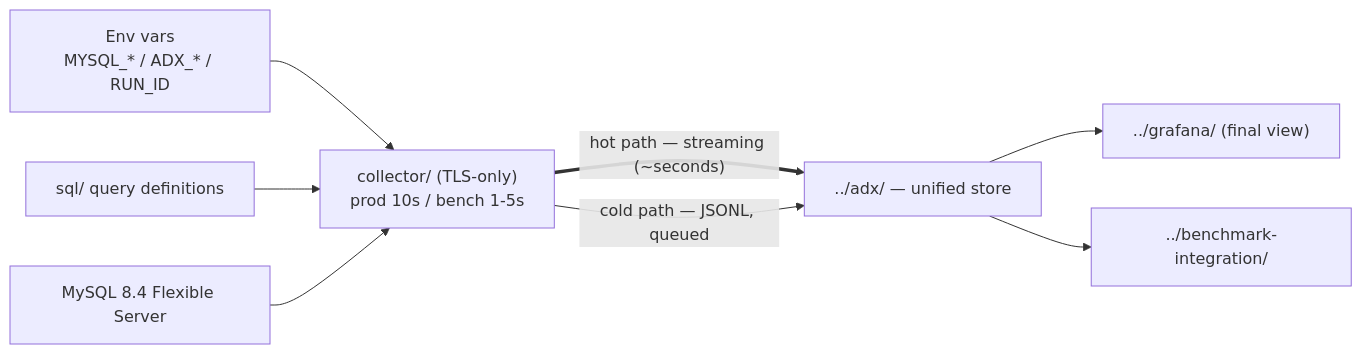
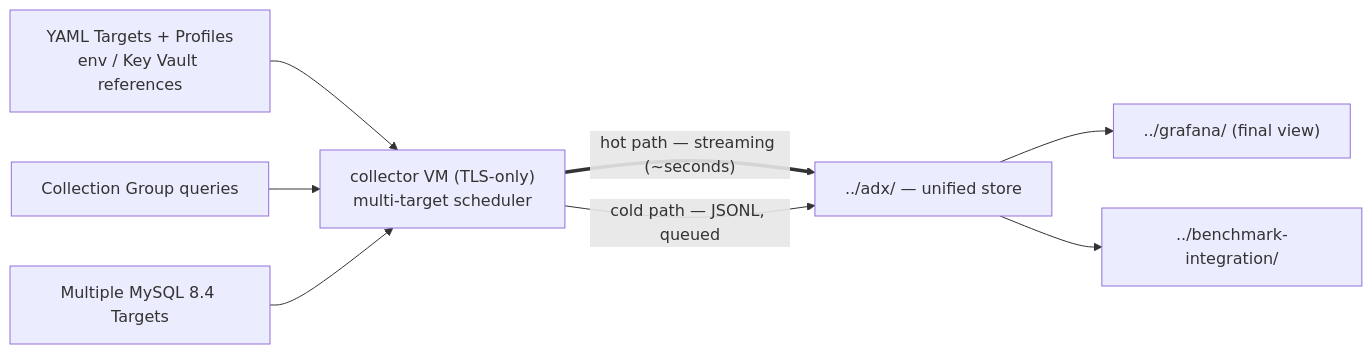
Before and after one commit to DalBamS/azure-mysql-monitoring: the diagram in mysql-internal/README.md, drawn with Mermaid. The commit also changed other lines of this file and 22 other files, not shown here.

````diff
--- a/mysql-internal/README.md
+++ b/mysql-internal/README.md
@@ -29,12 +30,12 @@
 ```mermaid
 flowchart LR
-    ENV["Env vars<br/>MYSQL_* / ADX_* / RUN_ID"] --> COL
-    SQL["sql/ query definitions"] --> COL["collector/ (TLS-only)<br/>prod 10s / bench 1-5s"]
-    SRV["MySQL 8.4 Flexible Server"] --> COL
+    PLAN["YAML Targets + Profiles<br/>env / Key Vault references"] --> COL
+    SQL["Collection Group queries"] --> COL["collector VM (TLS-only)<br/>multi-target scheduler"]
+    SRV["Multiple MySQL 8.4 Targets"] --> COL
 
     COL ==> |"hot path — streaming (~seconds)"| ADX["../adx/ — unified store"]
     COL --> |"cold path — JSONL, queued"| ADX
 
     ADX --> GF["../grafana/ (final view)"]
     ADX --> BI["../benchmark-integration/"]
 ```
````
